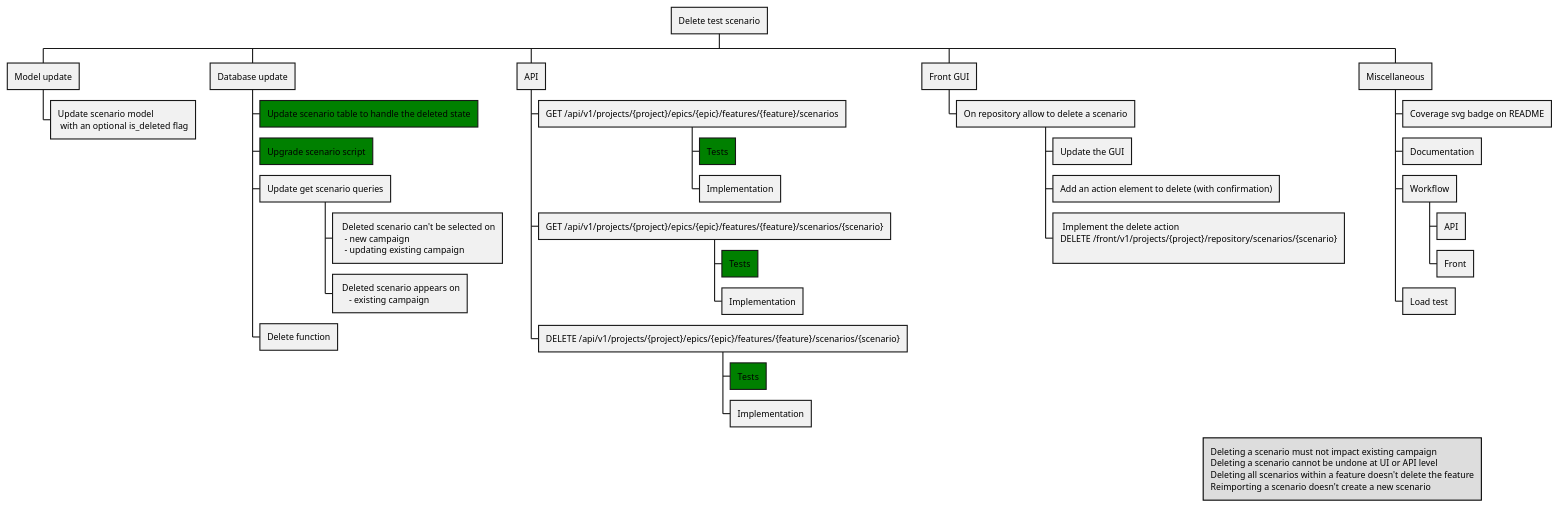
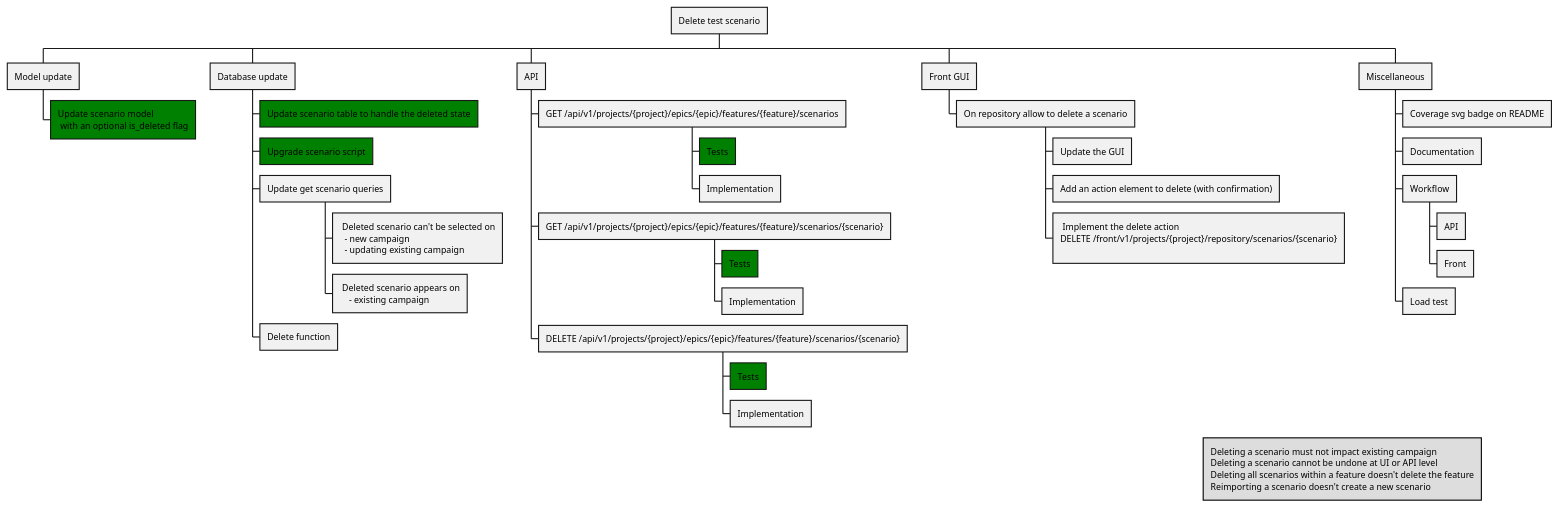
The diagram in documentation/worklog/delete_test_scenario.puml (Hidden-goblin/eaidashboard), drawn with PlantUML before and after one commit. The commit also changed 3 other files, not shown here.

```diff
--- a/documentation/worklog/delete_test_scenario.puml
+++ b/documentation/worklog/delete_test_scenario.puml
@@ -1,50 +1,50 @@
 @startwbs
 'https://plantuml.com/wbs-diagram
 'https://github.com/Hidden-goblin/eaidashboard/issues/6
 
 * Delete test scenario
 ** Model update
-*** Update scenario model\n with an optional is_deleted flag
+***[#green] Update scenario model\n with an optional is_deleted flag
 ** Database update
 ***[#green] Update scenario table to handle the deleted state
 ***[#green] Upgrade scenario script
 *** Update get scenario queries
 ****: Deleted scenario can't be selected on
   - new campaign
   - updating existing campaign;
 ****: Deleted scenario appears on
     - existing campaign;
 *** Delete function
 ** API
 *** GET /api/v1/projects/{project}/epics/{epic}/features/{feature}/scenarios
 ****[#green] Tests
 **** Implementation
 *** GET /api/v1/projects/{project}/epics/{epic}/features/{feature}/scenarios/{scenario}
 ****[#green] Tests
 **** Implementation
 *** DELETE  /api/v1/projects/{project}/epics/{epic}/features/{feature}/scenarios/{scenario}
 ****[#green] Tests
 **** Implementation
 ** Front GUI
 *** On repository allow to delete a scenario
 **** Update the GUI
 **** Add an action element to delete (with confirmation)
 ****: Implement the delete action
 DELETE /front/v1/projects/{project}/repository/scenarios/{scenario}
 ;
 ** Miscellaneous
 *** Coverage svg badge on README
 *** Documentation
 *** Workflow
 **** API
 **** Front
 *** Load test
 
 legend right
    Deleting a scenario must not impact existing campaign
    Deleting a scenario cannot be undone at UI or API level
    Deleting all scenarios within a feature doesn't delete the feature
    Reimporting a scenario doesn't create a new scenario
 endlegend
 
 @endwbs
```
